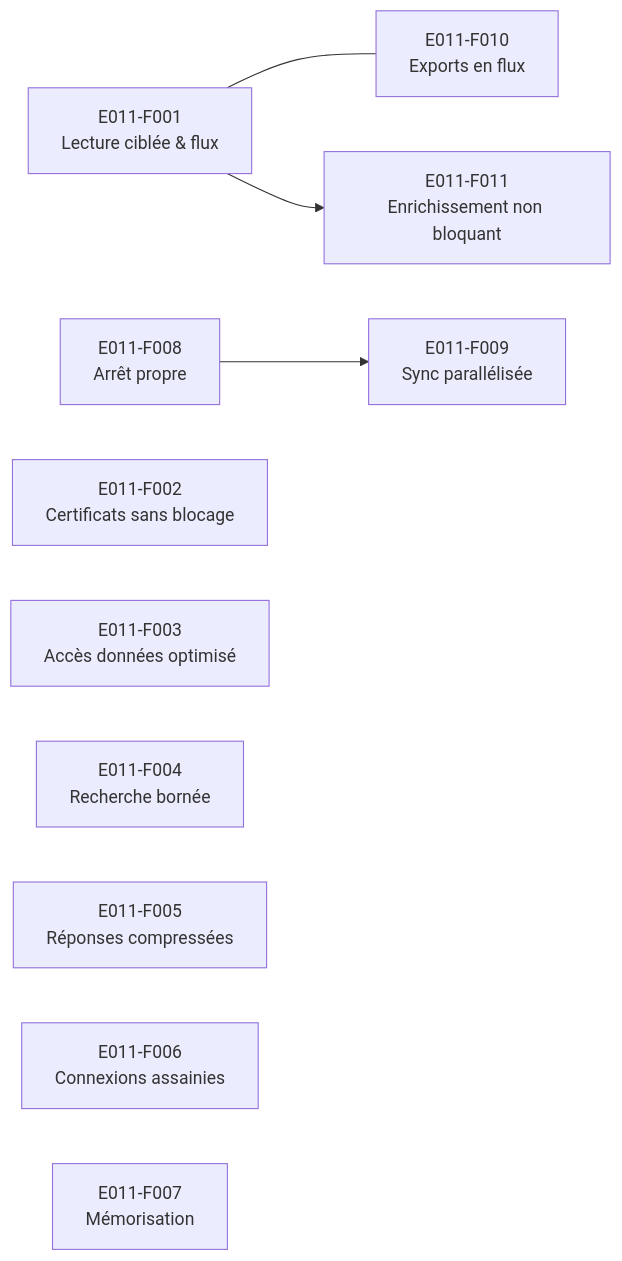
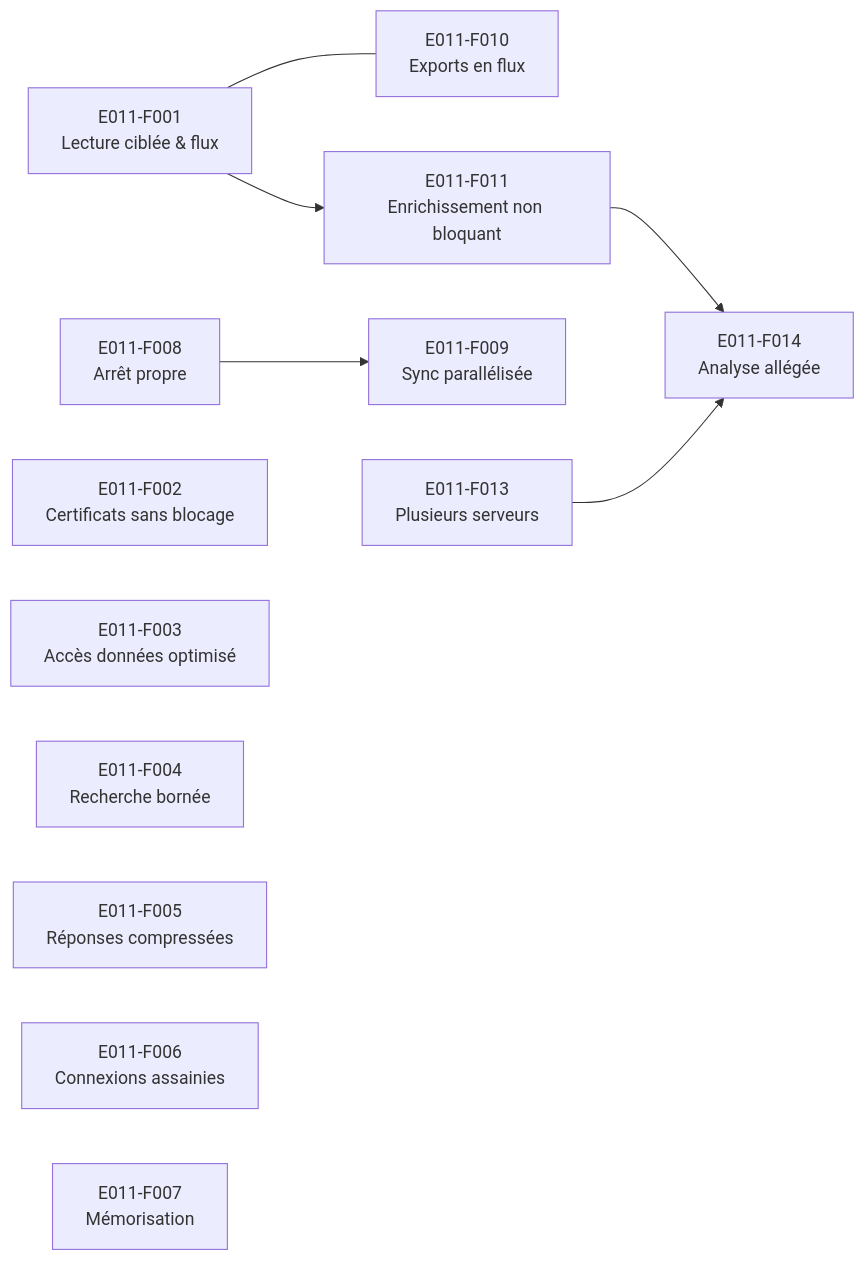
Before and after one commit to codengine-technologies/HealthPlatform.Forge: the diagram in Docs/epics/E011-performance-api-mail.md, drawn with Mermaid. The commit also changed other lines of this file and 3 other files, not shown here.

Commit message:
docs(E011): v1.21 — analyse des mails allégée (task-419)

````diff
--- a/Docs/epics/E011-performance-api-mail.md
+++ b/Docs/epics/E011-performance-api-mail.md
@@ -88,12 +89,14 @@
 ```mermaid
 graph LR
     F001[E011-F001<br>Lecture ciblée & flux] --- F010[E011-F010<br>Exports en flux]
     F008[E011-F008<br>Arrêt propre] --> F009[E011-F009<br>Sync parallélisée]
     F002[E011-F002<br>Certificats sans blocage]
     F003[E011-F003<br>Accès données optimisé]
     F004[E011-F004<br>Recherche bornée]
     F005[E011-F005<br>Réponses compressées]
     F006[E011-F006<br>Connexions assainies]
     F007[E011-F007<br>Mémorisation]
     F001 --> F011[E011-F011<br>Enrichissement non bloquant]
+    F011 --> F014[E011-F014<br>Analyse allégée]
+    F013[E011-F013<br>Plusieurs serveurs] --> F014
 ```
````
